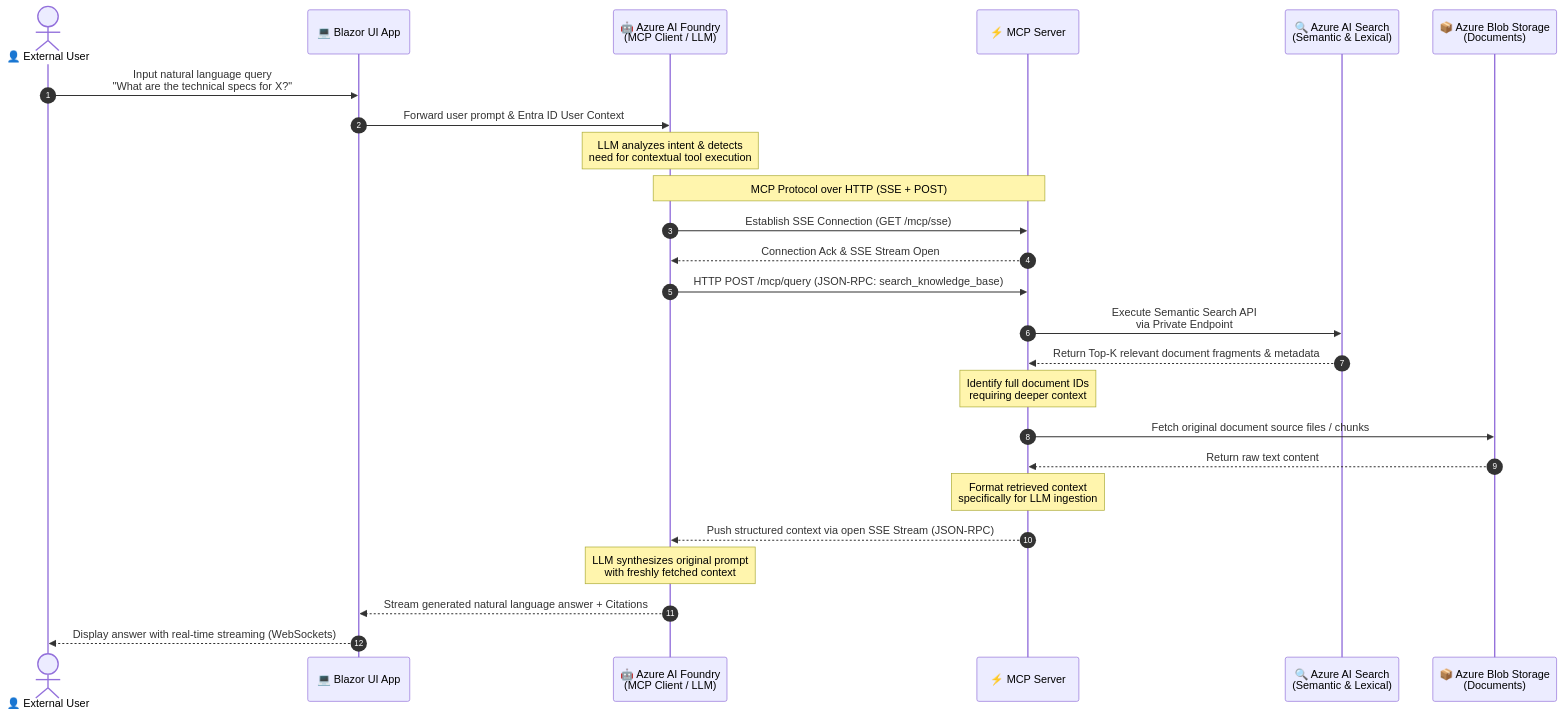
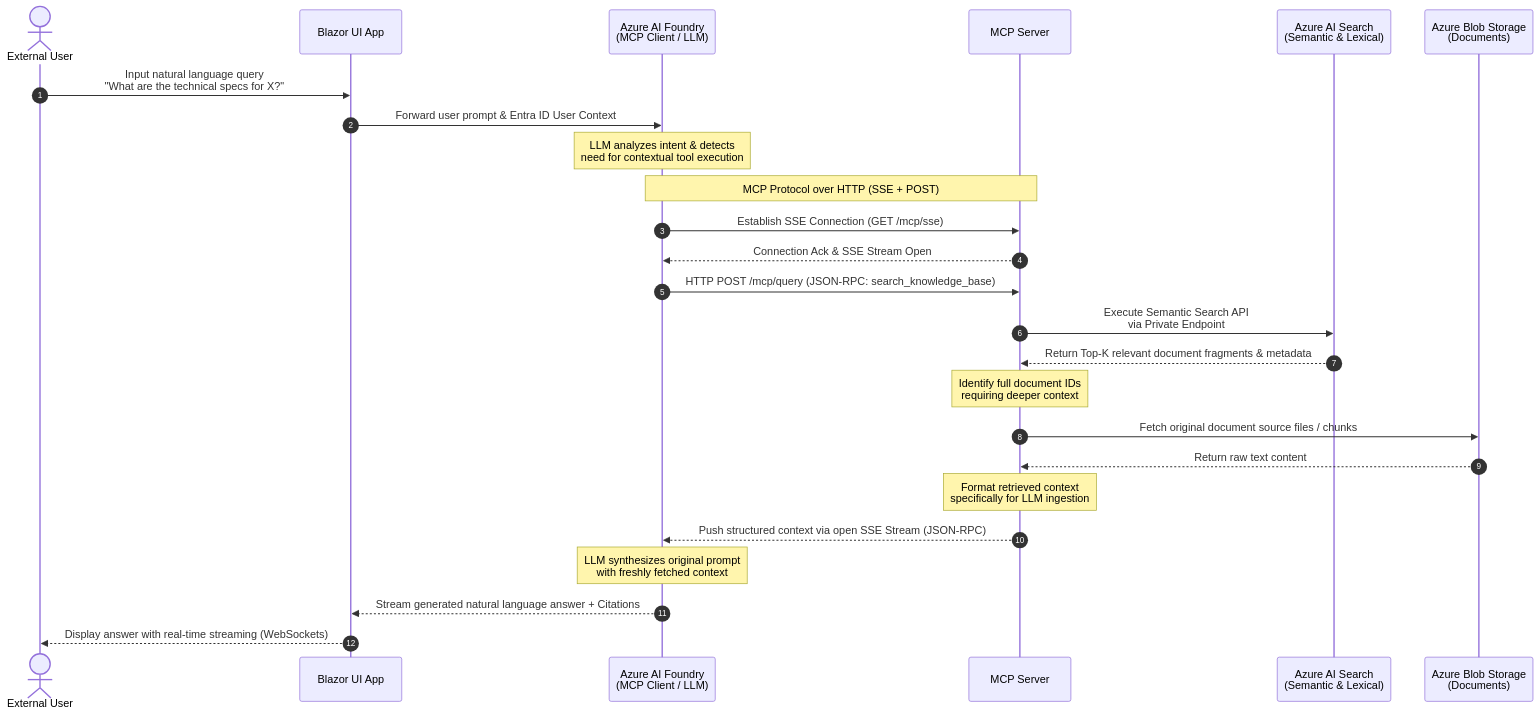
Before and after one commit to skowragn/Agentic_RAG_System: the diagram in DataFlow.md, drawn with Mermaid. The commit also changed other lines of this file, not shown here.

````diff
--- a/DataFlow.md
+++ b/DataFlow.md
@@ -33,33 +5,33 @@
 ```mermaid
 sequenceDiagram
     autonumber
-    actor User as 👤 External User
-    participant UI as 💻 Blazor UI App
-    participant Client as 🤖 Azure AI Foundry<br>(MCP Client / LLM)
-    participant Server1 as ⚡ MCP Server #1<br>(Azure Function / Web API)
-    participant AISearch as 🔍 Azure AI Search<br>(Semantic & Lexical)
-    participant Blob as 📦 Azure Blob Storage<br>(Documents)
+    actor User as External User
+    participant UI as Blazor UI App
+    participant Client as Azure AI Foundry<br>(MCP Client / LLM)
+    participant Server1 as MCP Server #1<br>(Azure Function / Web API)
+    participant AISearch as Azure AI Search<br>(Semantic & Lexical)
+    participant Blob as Azure Blob Storage<br>(Documents)
 
     User->>UI: Input natural language query<br>"What are the technical specs for X?"
     UI->>Client: Forward user prompt & Entra ID User Context
     Note over Client: LLM analyzes intent & detects<br>need for contextual tool execution
     
     Note over Client, Server1: MCP Protocol over HTTP (SSE + POST)
     Client->>Server1: Establish SSE Connection (GET /mcp/sse)
     Server1-->>Client: Connection Ack & SSE Stream Open
     Client->>Server1: HTTP POST /mcp/query (JSON-RPC: search_knowledge_base)
     
     Server1->>AISearch: Execute Semantic Search API <br>via Private Endpoint
     AISearch-->>Server1: Return Top-K relevant document fragments & metadata
     
     Note over Server1: Identify full document IDs<br>requiring deeper context
     Server1->>Blob: Fetch original document source files / chunks
     Blob-->>Server1: Return raw text content
     
     Note over Server1: Format retrieved context <br>specifically for LLM ingestion
     Server1-->>Client: Push structured context via open SSE Stream (JSON-RPC)
     
     Note over Client: LLM synthesizes original prompt<br>with freshly fetched context
     Client-->>UI: Stream generated natural language answer + Citations
     UI-->>User: Display answer with real-time streaming (WebSockets)
 ```
````
